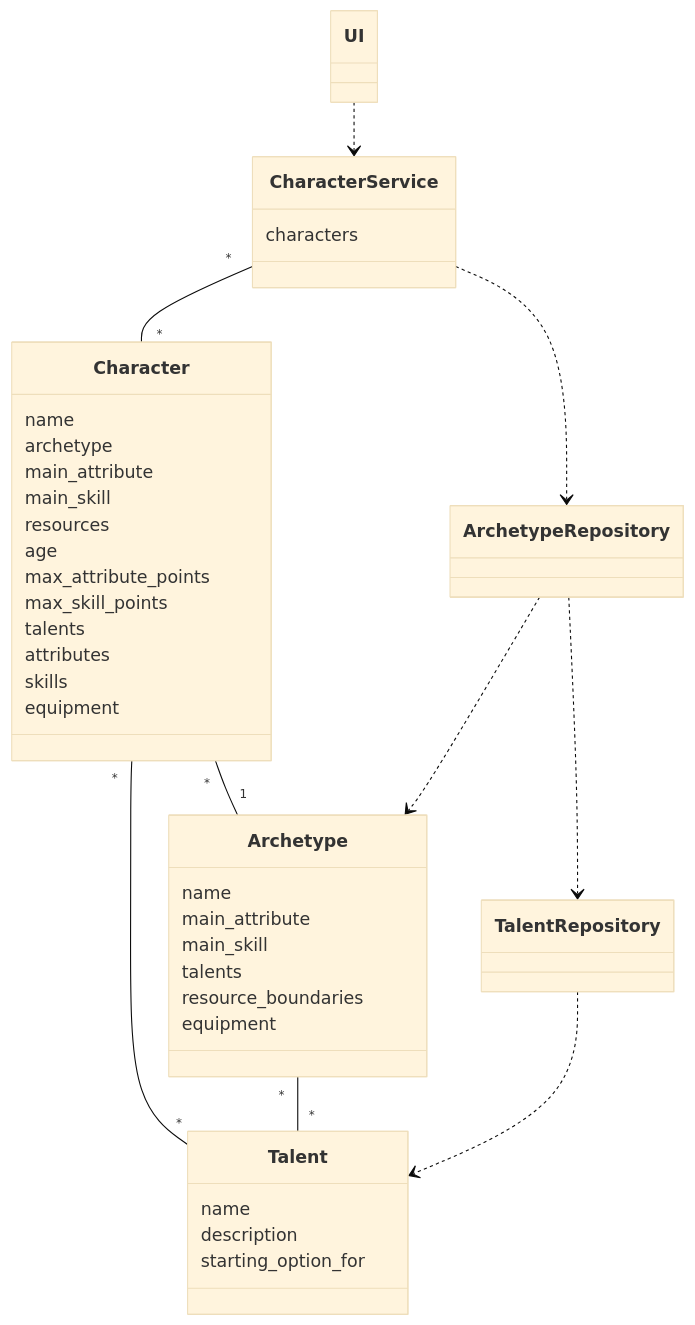
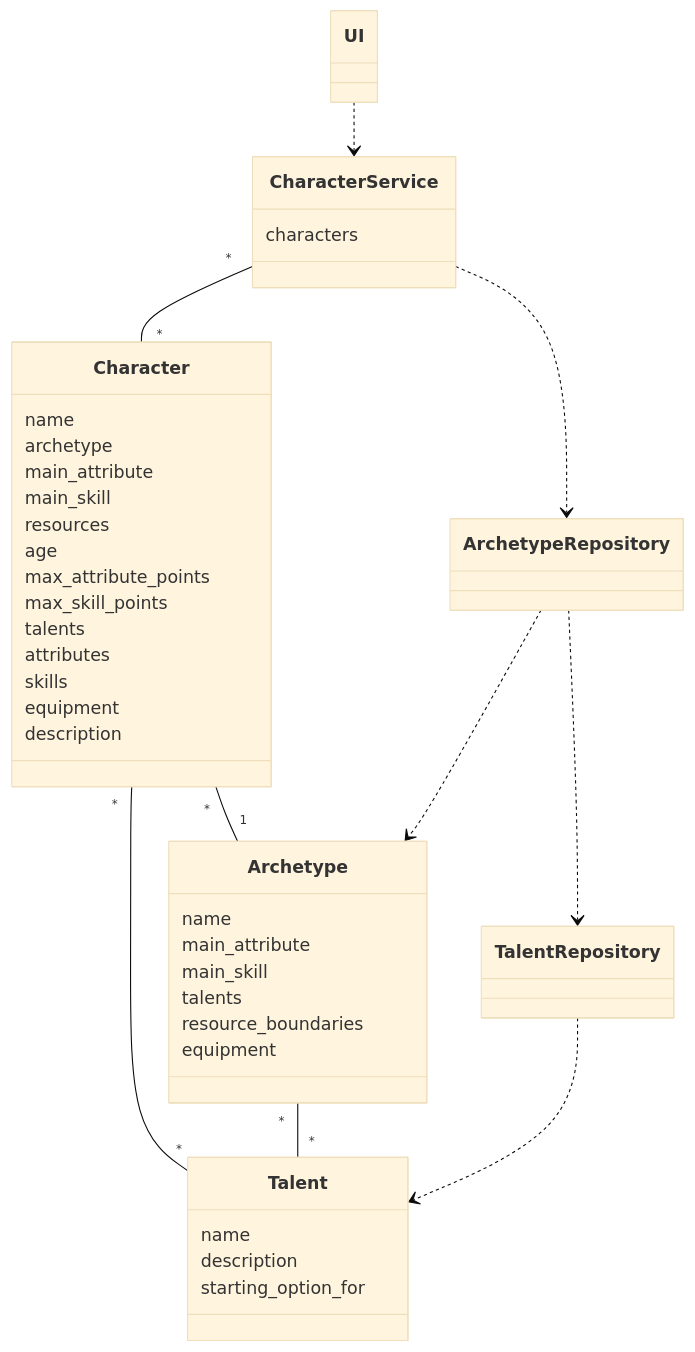
The first of 3 diagrams in dokumentaatio/arkkitehtuuri.md (kivistoilkka/ot-harjoitustyo), drawn with Mermaid (base theme) before and after one commit. The commit also changed 1 other file, not shown here.

Commit message:
v7: Character-luokan merkkijonometodin muuttujan nimen vaihto, päivitys arkkitehtuurikuvauksen luokkakaavioon

````diff
--- a/dokumentaatio/arkkitehtuuri.md
+++ b/dokumentaatio/arkkitehtuuri.md
@@ -6,46 +6,47 @@
 ```mermaid
 classDiagram
     class UI
     class Character {
         name
         archetype
         main_attribute
         main_skill
         resources
         age
         max_attribute_points
         max_skill_points
         talents
         attributes
         skills
         equipment
+        description
     }
     class CharacterService {
         characters
     }
     class Archetype{
         name
         main_attribute
         main_skill
         talents
         resource_boundaries
         equipment
     }
     class ArchetypeRepository
     class Talent {
         name
         description
         starting_option_for
     }
     class TalentRepository
 
     UI ..> CharacterService
     CharacterService "*" -- "*" Character
     Character "*" -- "1" Archetype
     Character "*" -- "*" Talent
     Archetype "*" -- "*" Talent
     CharacterService ..> ArchetypeRepository
     ArchetypeRepository ..> Archetype
     ArchetypeRepository ..> TalentRepository
     TalentRepository ..> Talent
 ```
````
